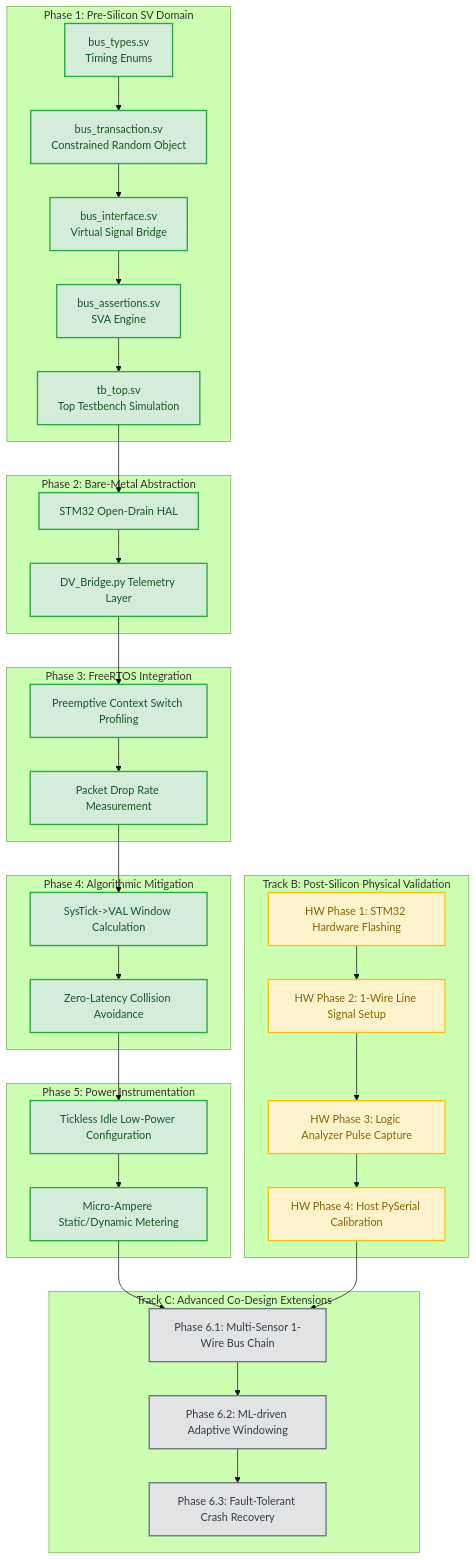
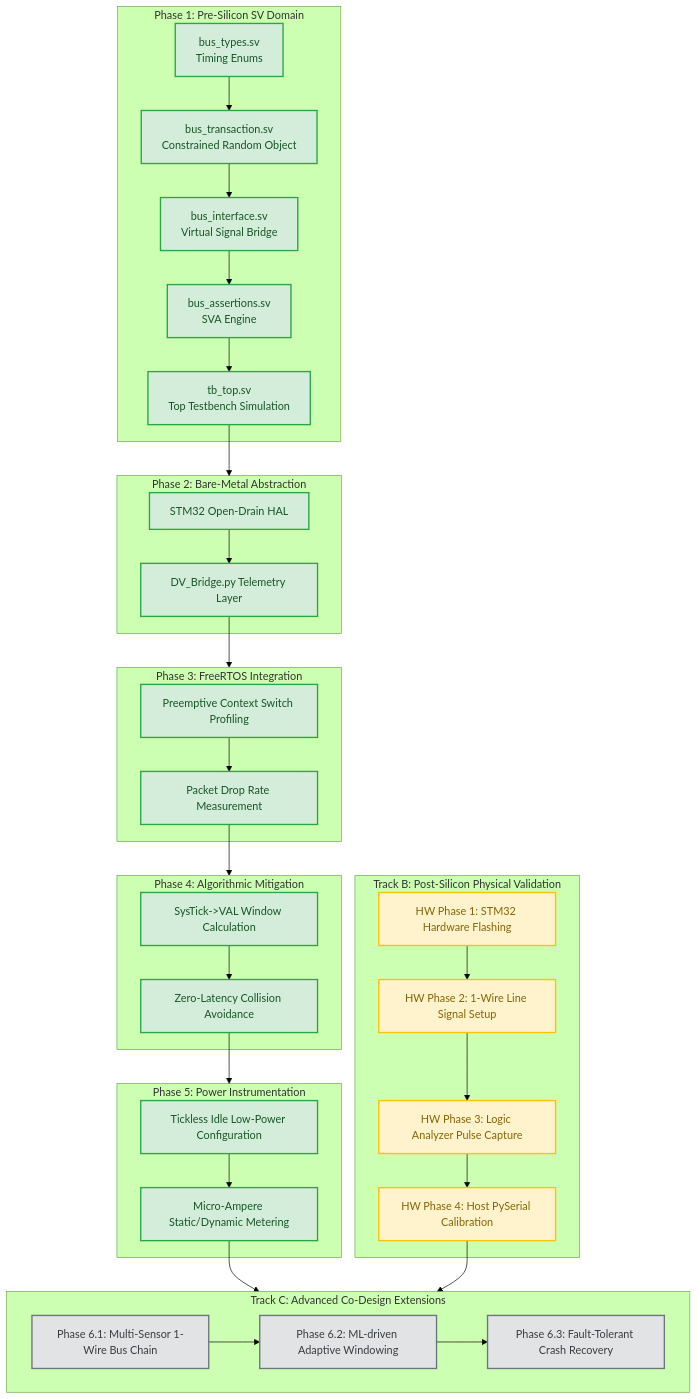
One commit to ShaneT2010/rtos-safe-bus-scheduler changed the diagram in DEVELOPMENT_LOG.md. Above: the diagram before and after it, drawn with Mermaid (forest theme).

````diff
--- a/DEVELOPMENT_LOG.md
+++ b/DEVELOPMENT_LOG.md
@@ -10,62 +10,62 @@
 ```mermaid
 graph TD
     %% Layout direction: Top to Bottom with clear twin-track architecture
     classDef completed fill:#d4edda,stroke:#28a745,stroke-width:2px,color:#155724;
     classDef active fill:#fff3cd,stroke:#ffc107,stroke-width:2px,color:#856404;
     classDef pending fill:#e2e3e5,stroke:#6c757d,stroke-width:2px,color:#383d41;
 
     %% ==================== TRACK A: VIRTUAL VECTORS & KERNEL ====================
     subgraph P1 [Phase 1: Pre-Silicon SV Domain]
         A[bus_types.sv<br>Timing Enums] --> B[bus_transaction.sv<br>Constrained Random Object]
         B --> C[bus_interface.sv<br>Virtual Signal Bridge]
         C --> D[bus_assertions.sv<br>SVA Engine]
         D --> E[tb_top.sv<br>Top Testbench Simulation]
     end
 
     subgraph P2 [Phase 2: Bare-Metal Abstraction]
         F[STM32 Open-Drain HAL] --> G[DV_Bridge.py Telemetry Layer]
     end
 
     subgraph P3 [Phase 3: FreeRTOS Integration]
         H[Preemptive Context Switch Profiling] --> I[Packet Drop Rate Measurement]
     end
 
     subgraph P4 [Phase 4: Algorithmic Mitigation]
         J[SysTick->VAL Window Calculation] --> K[Zero-Latency Collision Avoidance]
     end
 
     subgraph P5 [Phase 5: Power Instrumentation]
         L[Tickless Idle Low-Power Configuration] --> M[Micro-Ampere Static/Dynamic Metering]
     end
 
     %% Track A Internal Routing Flow
-    E --> F
-    G --> H
-    I --> J
-    K --> L
+    E --> P2
+    G --> P3
+    I --> P4
+    K --> P5
 
     %% ==================== TRACK B: POST-SILICON INSTRUMENTATION ====================
     subgraph P_HW [Track B: Post-Silicon Physical Validation]
         HW1[HW Phase 1: STM32 Hardware Flashing] --> HW2[HW Phase 2: 1-Wire Line Signal Setup]
         HW2 --> HW3[HW Phase 3: Logic Analyzer Pulse Capture]
         HW3 --> HW4[HW Phase 4: Host PySerial Calibration]
     end
 
     %% ==================== TRACK C: ADVANCED CO-DESIGN EXTENSIONS ====================
     subgraph TrackC [Track C: Advanced Co-Design Extensions]
         E1[Phase 6.1: Multi-Sensor 1-Wire Bus Chain]
         E2[Phase 6.2: ML-driven Adaptive Windowing]
         E3[Phase 6.3: Fault-Tolerant Crash Recovery]
     end
 
     %% Track Cross-Linkage Convergence
-    M --> E1
-    HW4 --> E1
+    M --> TrackC
+    HW4 --> TrackC
     E1 --> E2
     E2 --> E3
 
     %% Apply Status Classes (Dynamically Updated for Track A Completion)
     class A,B,C,D,E,F,G,H,I,J,K,L,M completed;
     class HW1,HW2,HW3,HW4 active;
     class E1,E2,E3 pending;
 ```
````
